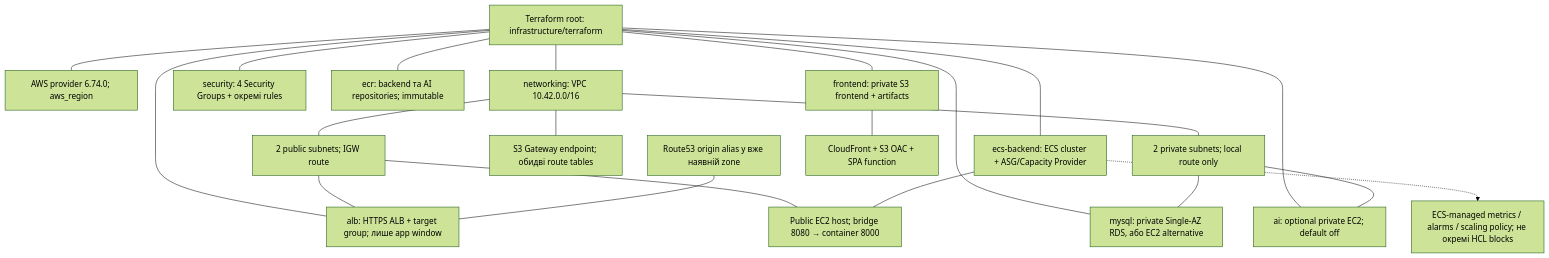
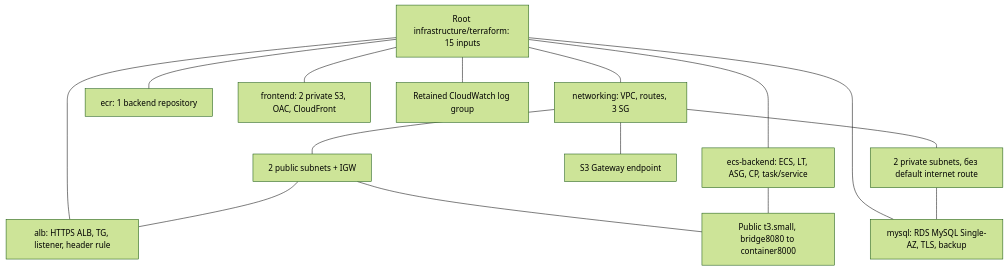
One commit to BohdanHavran/ClimateHealth-Monitoring changed the diagram in docs/terraform/ARCHITECTURE_GRAPH.md. Above: the diagram before and after it, drawn with Mermaid (forest theme). The commit also changed other lines of this file and 50 other files, not shown here.

````diff
--- a/docs/terraform/ARCHITECTURE_GRAPH.md
+++ b/docs/terraform/ARCHITECTURE_GRAPH.md
@@ -5,40 +5,18 @@
 ```mermaid
 flowchart TB
-  root["Terraform root: infrastructure/terraform"]
-  provider["AWS provider 6.74.0; aws_region"]
-  root --- provider
-  net["networking: VPC 10.42.0.0/16"]
-  pub["2 public subnets; IGW route"]
-  priv["2 private subnets; local route only"]
-  ep["S3 Gateway endpoint; обидві route tables"]
-  sg["security: 4 Security Groups + окремі rules"]
-  alb["alb: HTTPS ALB + target group; лише app window"]
-  ecs["ecs-backend: ECS cluster + ASG/Capacity Provider"]
-  managed["ECS-managed metrics / alarms / scaling policy; не окремі HCL blocks"]
-  host["Public EC2 host; bridge 8080 → container 8000"]
-  ecr["ecr: backend та AI repositories; immutable"]
-  front["frontend: private S3 frontend + artifacts"]
-  cf["CloudFront + S3 OAC + SPA function"]
-  db["mysql: private Single-AZ RDS, або EC2 alternative"]
-  ai["ai: optional private EC2; default off"]
-  dns["Route53 origin alias у вже наявній zone"]
-  root --- net
-  root --- sg
-  root --- ecr
-  root --- front
-  root --- ecs
-  root --- alb
-  root --- db
-  root --- ai
-  net --- pub
-  net --- priv
-  net --- ep
-  pub --- alb
-  pub --- host
-  priv --- db
-  priv --- ai
+  root["Root infrastructure/terraform: 15 inputs"]
+  root --- net["networking: VPC, routes, 3 SG"]
+  net --- public["2 public subnets + IGW"]
+  net --- private["2 private subnets, без default internet route"]
+  net --- gateway["S3 Gateway endpoint"]
+  root --- registry["ecr: 1 backend repository"]
+  root --- frontend["frontend: 2 private S3, OAC, CloudFront"]
+  root --- db["mysql: RDS MySQL Single-AZ, TLS, backup"]
+  root --- logs["Retained CloudWatch log group"]
+  root --- alb["alb: HTTPS ALB, TG, listener, header rule"]
+  root --- ecs["ecs-backend: ECS, LT, ASG, CP, task/service"]
+  public --- alb
+  public --- host["Public t3.small, bridge8080 to container8000"]
   ecs --- host
-  ecs -.-> managed
-  front --- cf
-  dns --- alb
+  private --- db
 ```
````
